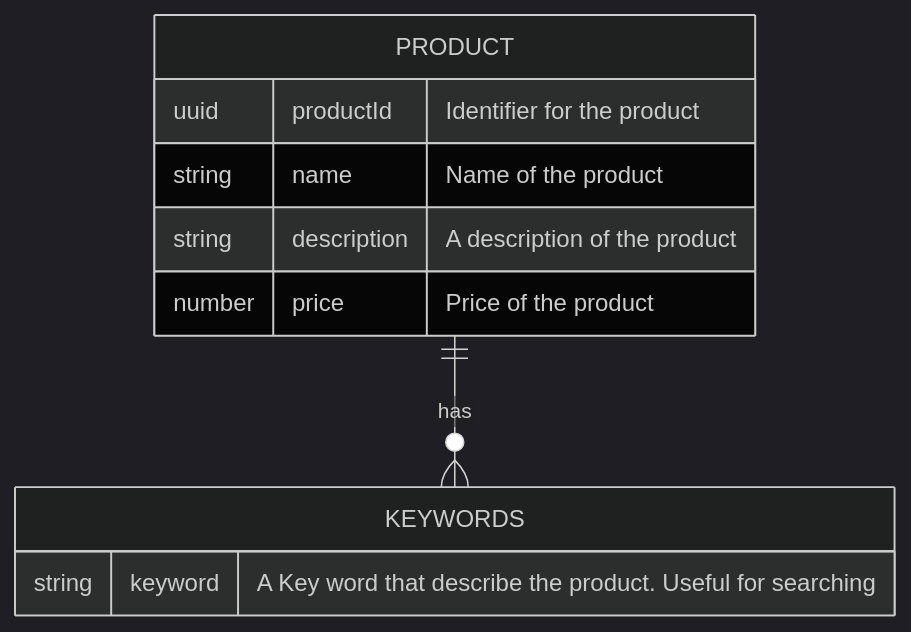
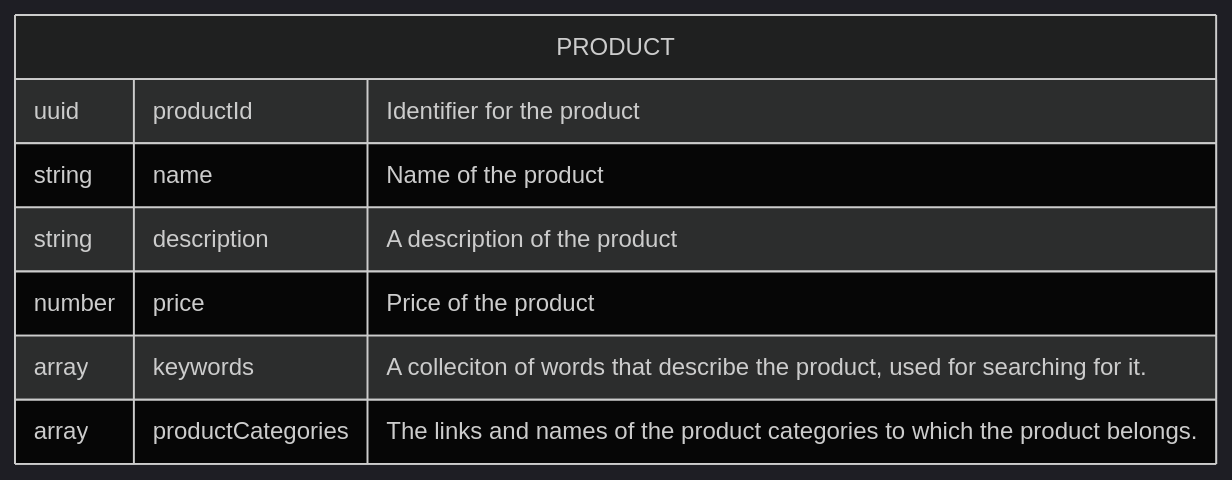
Before and after one commit to ikenna/AcmePetSupplies: the first of 4 diagrams in discovery.md, drawn with Mermaid (dark theme). The commit also changed other lines of this file, not shown here.

````diff
--- a/discovery.md
+++ b/discovery.md
@@ -68,14 +68,11 @@
 ```mermaid
 erDiagram
-    PRODUCT ||--o{ KEYWORDS : has
-    PRODUCT { 
-      uuid productId "Identifier for the product"
-      string name "Name of the product"
-      string description "A description of the product"
-      number price "Price of the product"
-      
-    }    
-    KEYWORDS {
-      string keyword "A Key word that describe the product. Useful for searching"
-    }
+  PRODUCT { 
+    uuid productId "Identifier for the product"
+    string name "Name of the product"
+    string description "A description of the product"
+    number price "Price of the product"
+    array keywords "A colleciton of words that describe the product, used for searching for it."
+    array productCategories "The links and names of the product categories to which the product belongs."
+  }    
 ```
````
